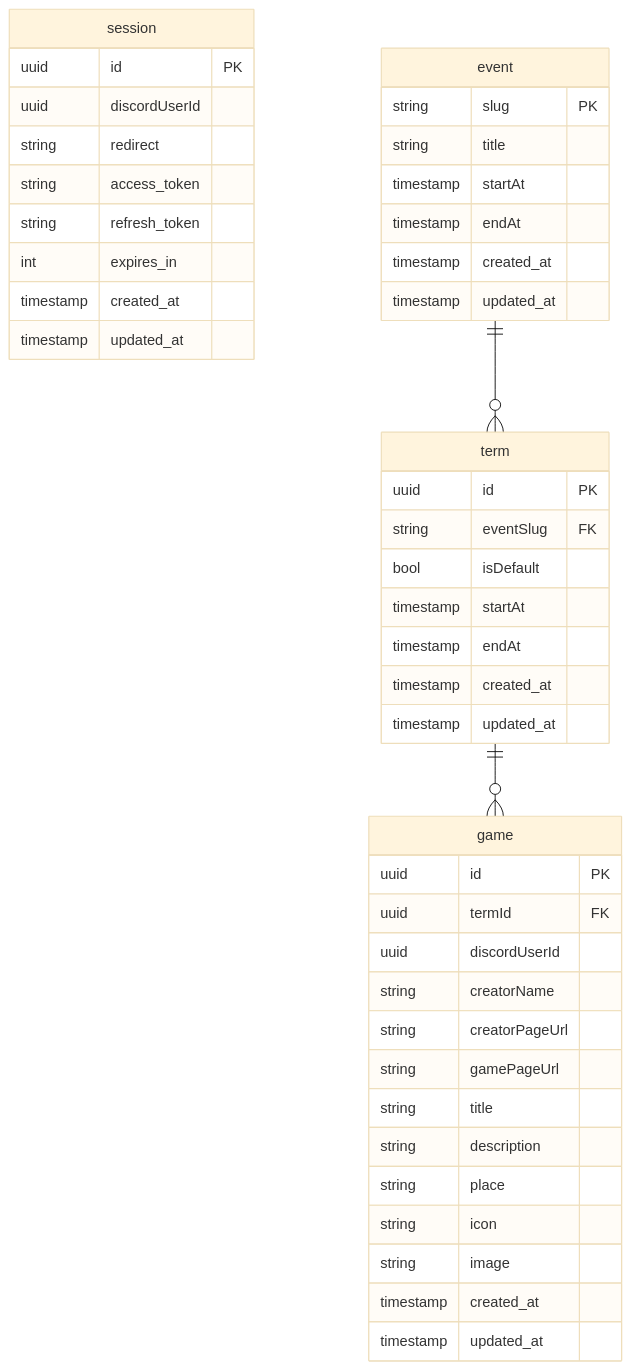
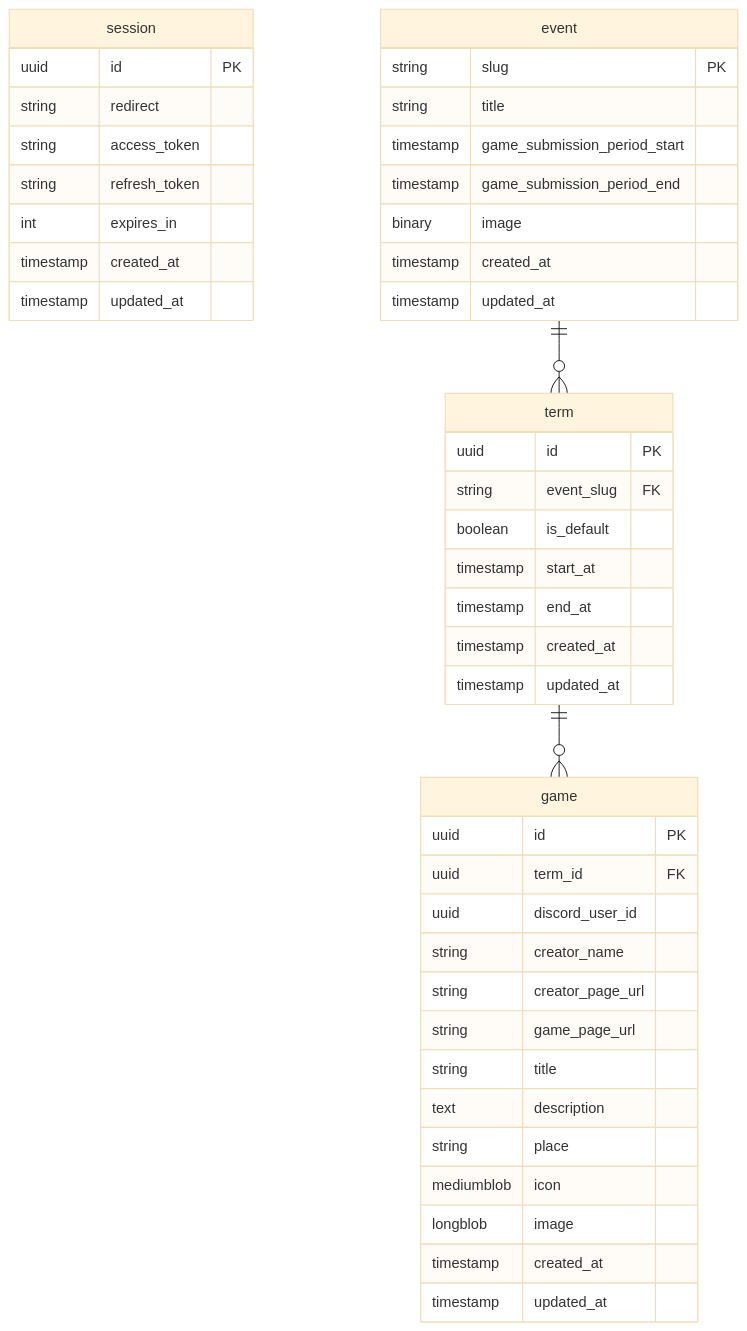
The diagram in docs/db_schema.mmd (traPtitech/game3-back), drawn with Mermaid (base theme) before and after one commit. The commit also changed 1 other file, not shown here.

Commit message:
:memo: DBのSchemaをスネークケースに変更

```diff
--- a/docs/db_schema.mmd
+++ b/docs/db_schema.mmd
@@ -1,49 +1,49 @@
 erDiagram
     session {
         uuid id PK
-        uuid discordUserId
         string redirect
         string access_token
         string refresh_token
         int expires_in
         timestamp created_at
         timestamp updated_at
     }
 
     event {
         string slug PK
         string title
-        timestamp startAt
-        timestamp endAt
+        timestamp game_submission_period_start
+        timestamp game_submission_period_end
+        binary image
         timestamp created_at
         timestamp updated_at
     }
 
     term {
         uuid id PK
-        string eventSlug FK
-        bool isDefault
-        timestamp startAt
-        timestamp endAt
+        string event_slug FK
+        boolean is_default
+        timestamp start_at
+        timestamp end_at
         timestamp created_at
         timestamp updated_at
     }
 
     game {
         uuid id PK
-        uuid termId FK
-        uuid discordUserId
-        string creatorName
-        string creatorPageUrl
-        string gamePageUrl
+        uuid term_id FK
+        uuid discord_user_id
+        string creator_name
+        string creator_page_url
+        string game_page_url
         string title
-        string description
+        text description
         string place
-        string icon
-        string image
+        mediumblob icon
+        longblob image
         timestamp created_at
         timestamp updated_at
     }
 
     event ||--o{ term : ""
     term ||--o{ game : ""
```
